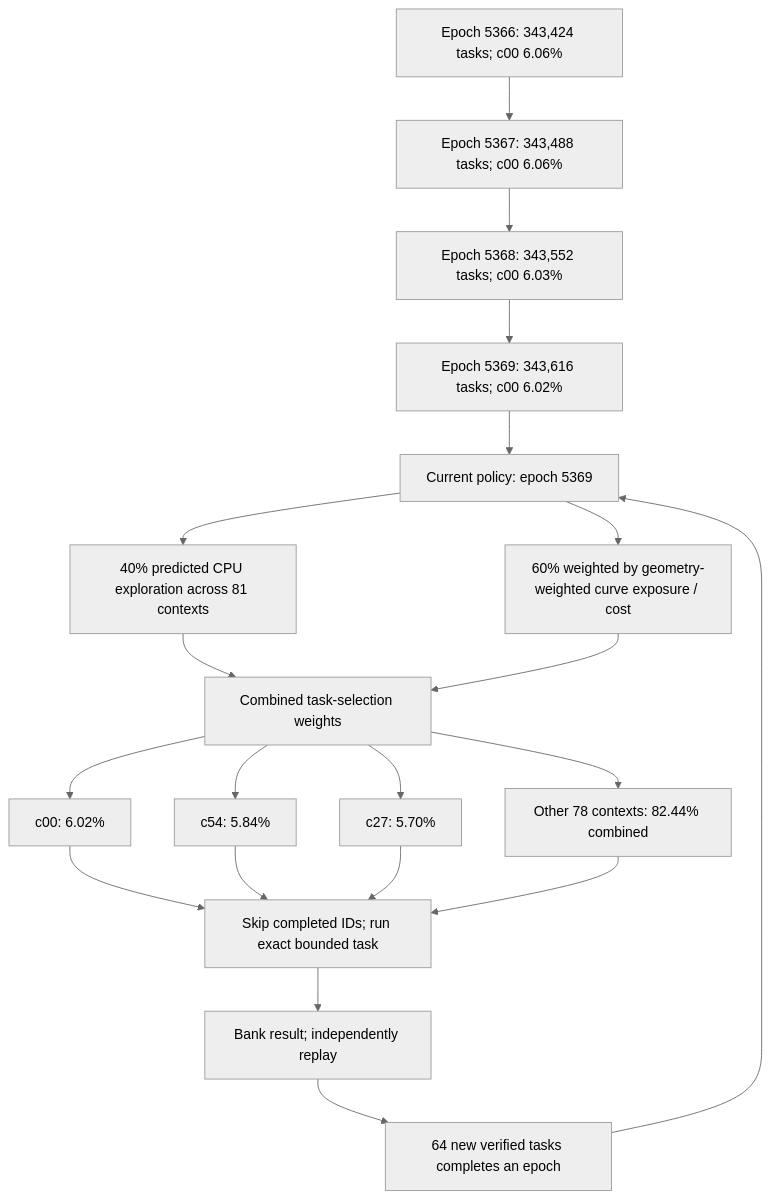
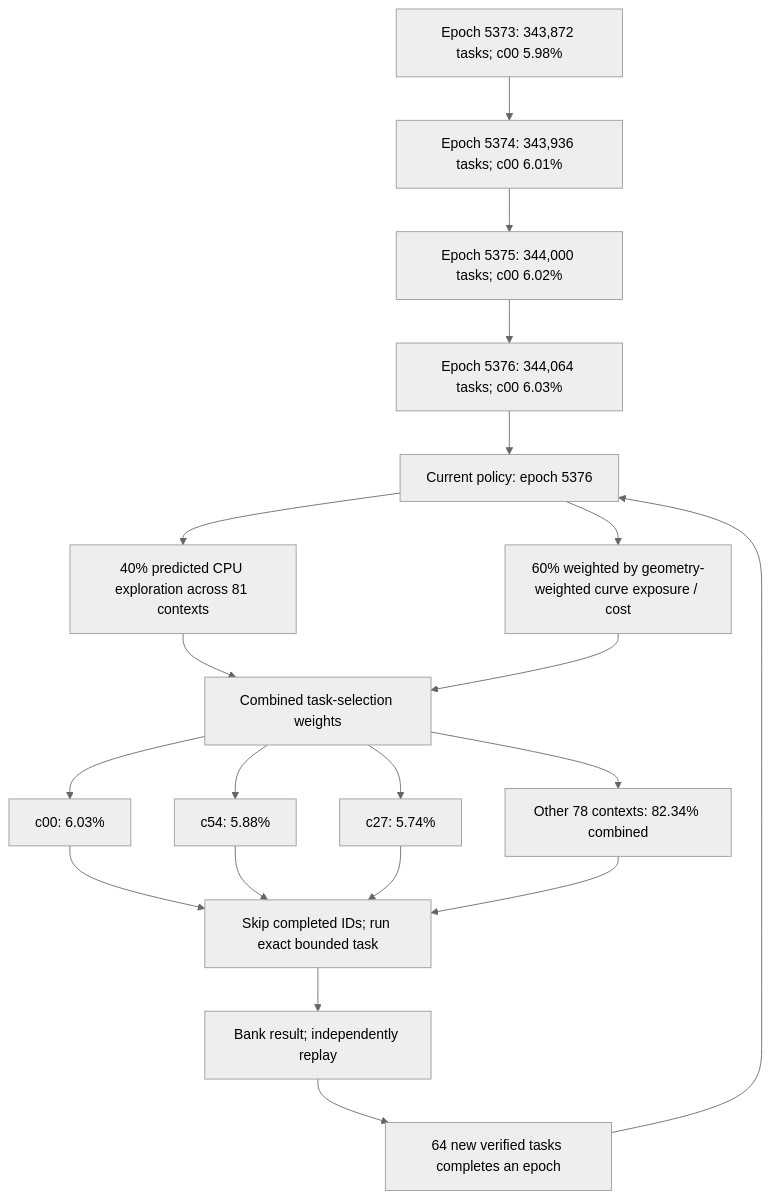
Before and after one commit to Kuberwastaken/math-gambling: the first of 3 diagrams in README.md, drawn with Mermaid (neutral theme). The commit also changed other lines of this file and 1477 other files, not shown here.

````diff
--- a/README.md
+++ b/README.md
@@ -60,27 +60,27 @@
 ```mermaid
 flowchart TD
-    H0["Epoch 5366: 343,424 tasks; c00 6.06%"]
-    H1["Epoch 5367: 343,488 tasks; c00 6.06%"]
+    H0["Epoch 5373: 343,872 tasks; c00 5.98%"]
+    H1["Epoch 5374: 343,936 tasks; c00 6.01%"]
     H0 --> H1
-    H2["Epoch 5368: 343,552 tasks; c00 6.03%"]
+    H2["Epoch 5375: 344,000 tasks; c00 6.02%"]
     H1 --> H2
-    H3["Epoch 5369: 343,616 tasks; c00 6.02%"]
+    H3["Epoch 5376: 344,064 tasks; c00 6.03%"]
     H2 --> H3
-    Policy["Current policy: epoch 5369"]
+    Policy["Current policy: epoch 5376"]
     H3 --> Policy
     Policy --> Explore["40% predicted CPU exploration across 81 contexts"]
     Policy --> Cost["60% weighted by geometry-weighted curve exposure / cost"]
     Explore --> Mix["Combined task-selection weights"]
     Cost --> Mix
-    Mix --> C0["c00: 6.02%"]
-    Mix --> C1["c54: 5.84%"]
-    Mix --> C2["c27: 5.70%"]
-    Mix --> Rest["Other 78 contexts: 82.44% combined"]
+    Mix --> C0["c00: 6.03%"]
+    Mix --> C1["c54: 5.88%"]
+    Mix --> C2["c27: 5.74%"]
+    Mix --> Rest["Other 78 contexts: 82.34% combined"]
     C0 --> Check["Skip completed IDs; run exact bounded task"]
     C1 --> Check
     C2 --> Check
     Rest --> Check
     Check --> Replay["Bank result; independently replay"]
     Replay --> Gate["64 new verified tasks completes an epoch"]
     Gate --> Policy
 ```
````
